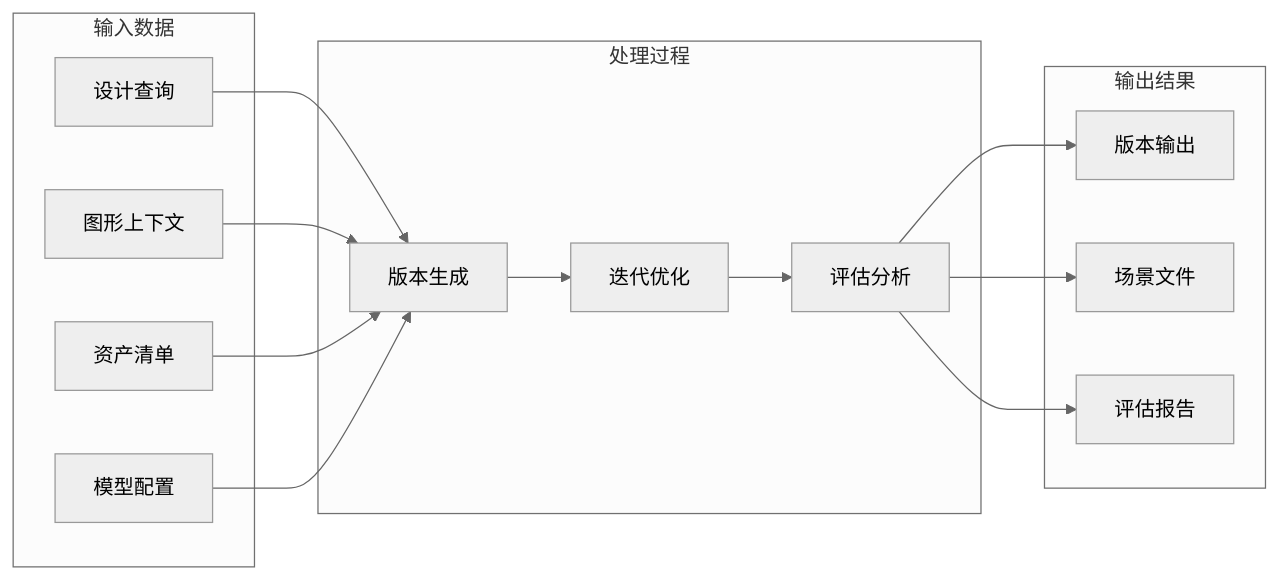
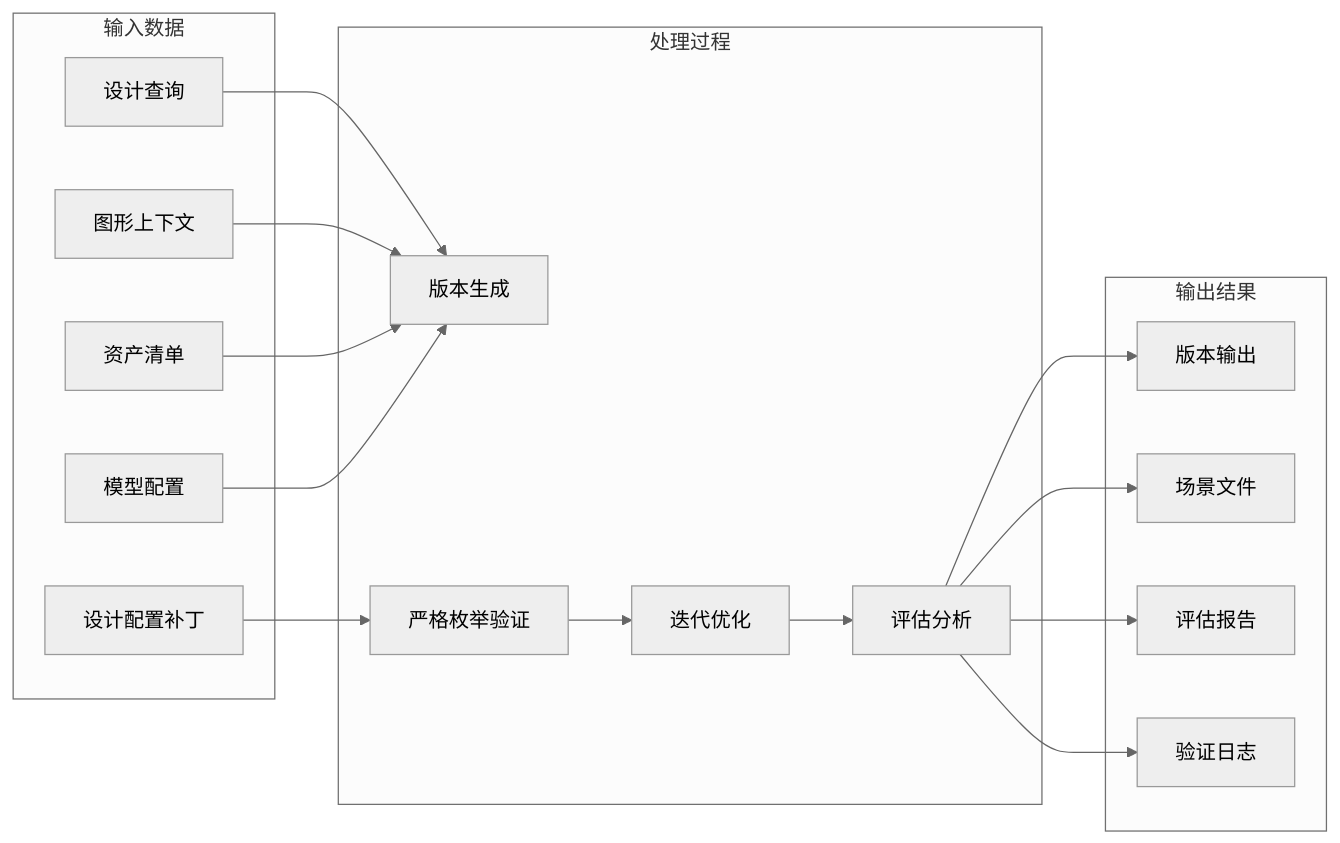
The sixth of 6 diagrams in .qoder/repowiki/zh/content/里程碑管道/自动场景生成流水线/多版本自动评估系统.md (wsqstar/RoadGen3D), drawn with Mermaid (neutral theme) before and after one commit. The commit also changed other lines of this file and 12 other files, not shown here.

````diff
--- a/.qoder/repowiki/zh/content/里程碑管道/自动场景生成流水线/多版本自动评估系统.md
+++ b/.qoder/repowiki/zh/content/里程碑管道/自动场景生成流水线/多版本自动评估系统.md
@@ -206,28 +273,33 @@
 ```mermaid
 graph LR
 subgraph "输入数据"
 Q[设计查询]
 G[图形上下文]
 M[资产清单]
 C[模型配置]
+DP[设计配置补丁]
 end
 subgraph "处理过程"
 P1[版本生成]
-P2[迭代优化]
-P3[评估分析]
+P2[严格枚举验证]
+P3[迭代优化]
+P4[评估分析]
 end
 subgraph "输出结果"
 V[版本输出]
 S[场景文件]
 R[评估报告]
+VL[验证日志]
 end
 Q --> P1
 G --> P1
 M --> P1
 C --> P1
-P1 --> P2
+DP --> P2
 P2 --> P3
-P3 --> V
-P3 --> S
-P3 --> R
+P3 --> P4
+P4 --> V
+P4 --> S
+P4 --> R
+P4 --> VL
 ```
````
